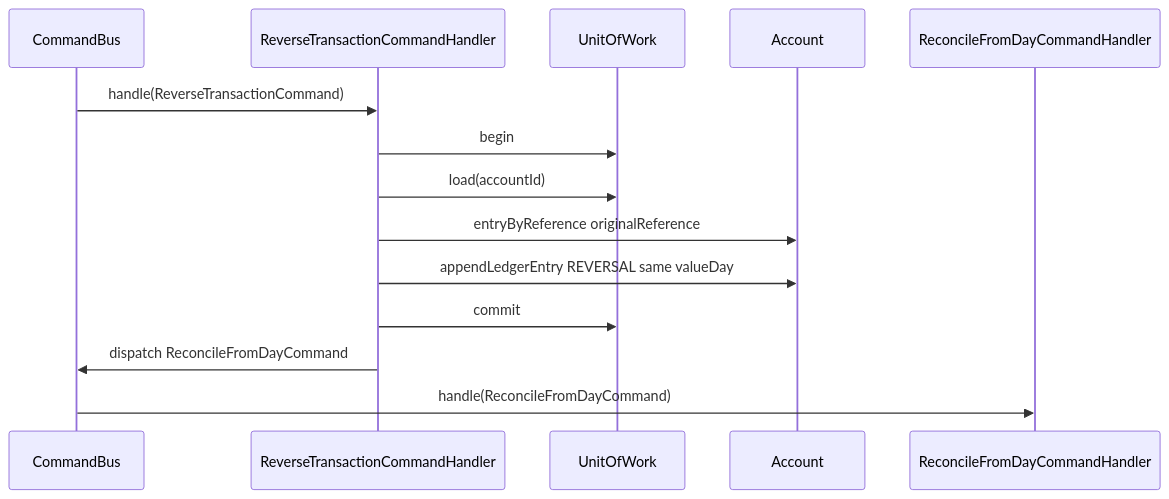
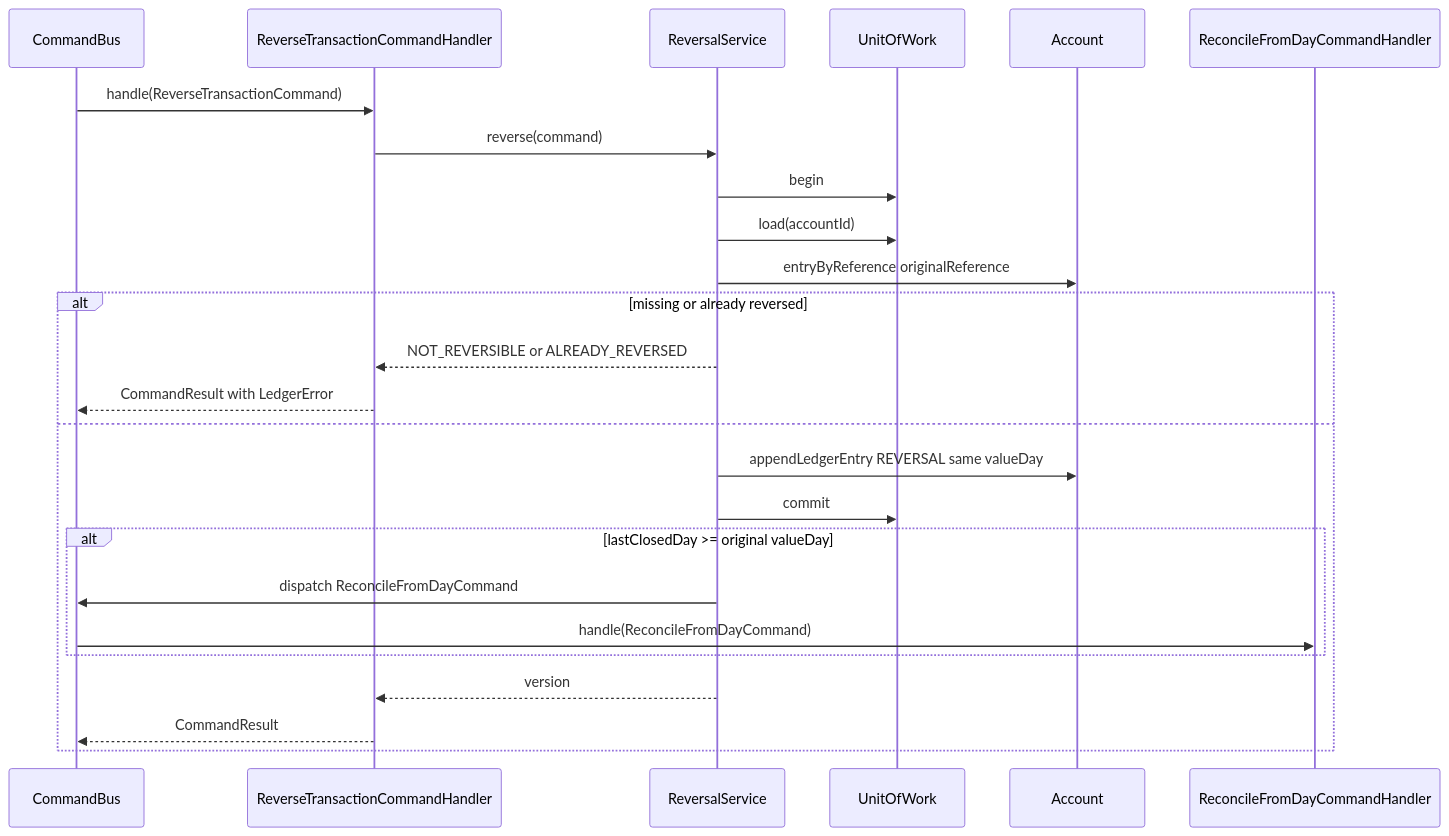
The seventh of 12 diagrams in ARCHITECTURE.md (moham-essam/assignment-mal), drawn with Mermaid before and after one commit. The commit also changed other lines of this file and 4 other files, not shown here.

````diff
--- a/ARCHITECTURE.md
+++ b/ARCHITECTURE.md
@@ -228,17 +297,28 @@
 ```mermaid
 sequenceDiagram
     participant CommandBus
     participant ReverseTransactionCommandHandler
+    participant ReversalService
     participant UnitOfWork
     participant Account
     participant ReconcileFromDayCommandHandler
 
     CommandBus->>ReverseTransactionCommandHandler: handle(ReverseTransactionCommand)
-    ReverseTransactionCommandHandler->>UnitOfWork: begin
-    ReverseTransactionCommandHandler->>UnitOfWork: load(accountId)
-    ReverseTransactionCommandHandler->>Account: entryByReference originalReference
-    ReverseTransactionCommandHandler->>Account: appendLedgerEntry REVERSAL same valueDay
-    ReverseTransactionCommandHandler->>UnitOfWork: commit
-    ReverseTransactionCommandHandler->>CommandBus: dispatch ReconcileFromDayCommand
-    CommandBus->>ReconcileFromDayCommandHandler: handle(ReconcileFromDayCommand)
+    ReverseTransactionCommandHandler->>ReversalService: reverse(command)
+    ReversalService->>UnitOfWork: begin
+    ReversalService->>UnitOfWork: load(accountId)
+    ReversalService->>Account: entryByReference originalReference
+    alt missing or already reversed
+        ReversalService-->>ReverseTransactionCommandHandler: NOT_REVERSIBLE or ALREADY_REVERSED
+        ReverseTransactionCommandHandler-->>CommandBus: CommandResult with LedgerError
+    else
+        ReversalService->>Account: appendLedgerEntry REVERSAL same valueDay
+        ReversalService->>UnitOfWork: commit
+        alt lastClosedDay >= original valueDay
+            ReversalService->>CommandBus: dispatch ReconcileFromDayCommand
+            CommandBus->>ReconcileFromDayCommandHandler: handle(ReconcileFromDayCommand)
+        end
+        ReversalService-->>ReverseTransactionCommandHandler: version
+        ReverseTransactionCommandHandler-->>CommandBus: CommandResult
+    end
 ```
````
